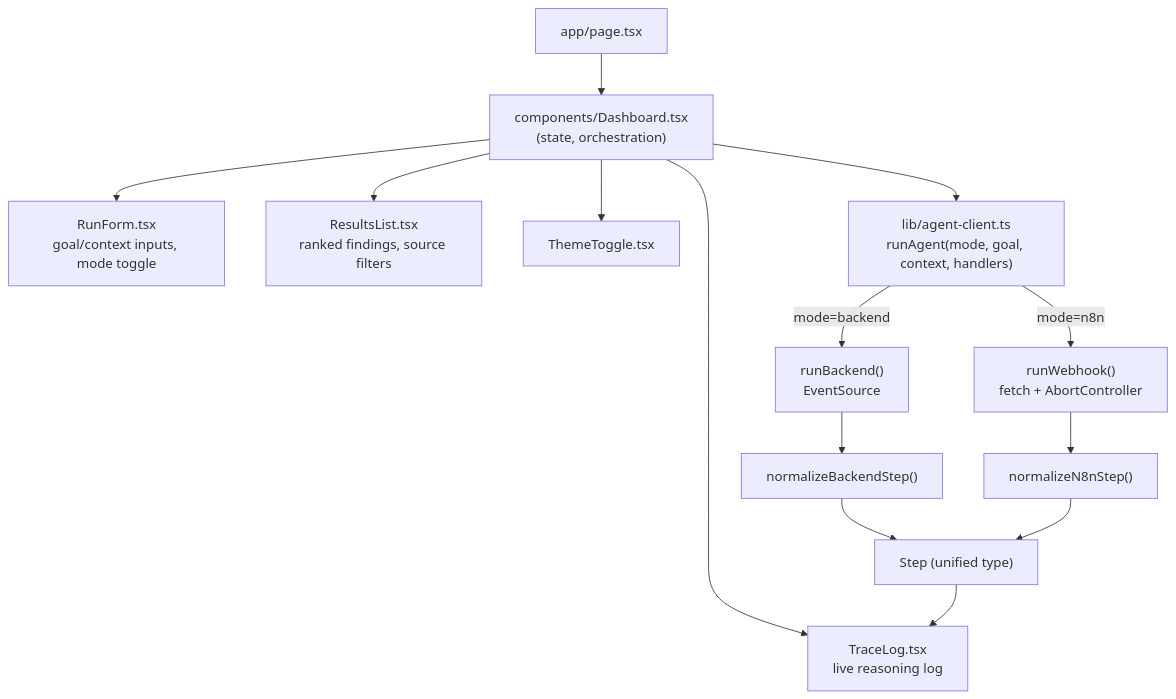
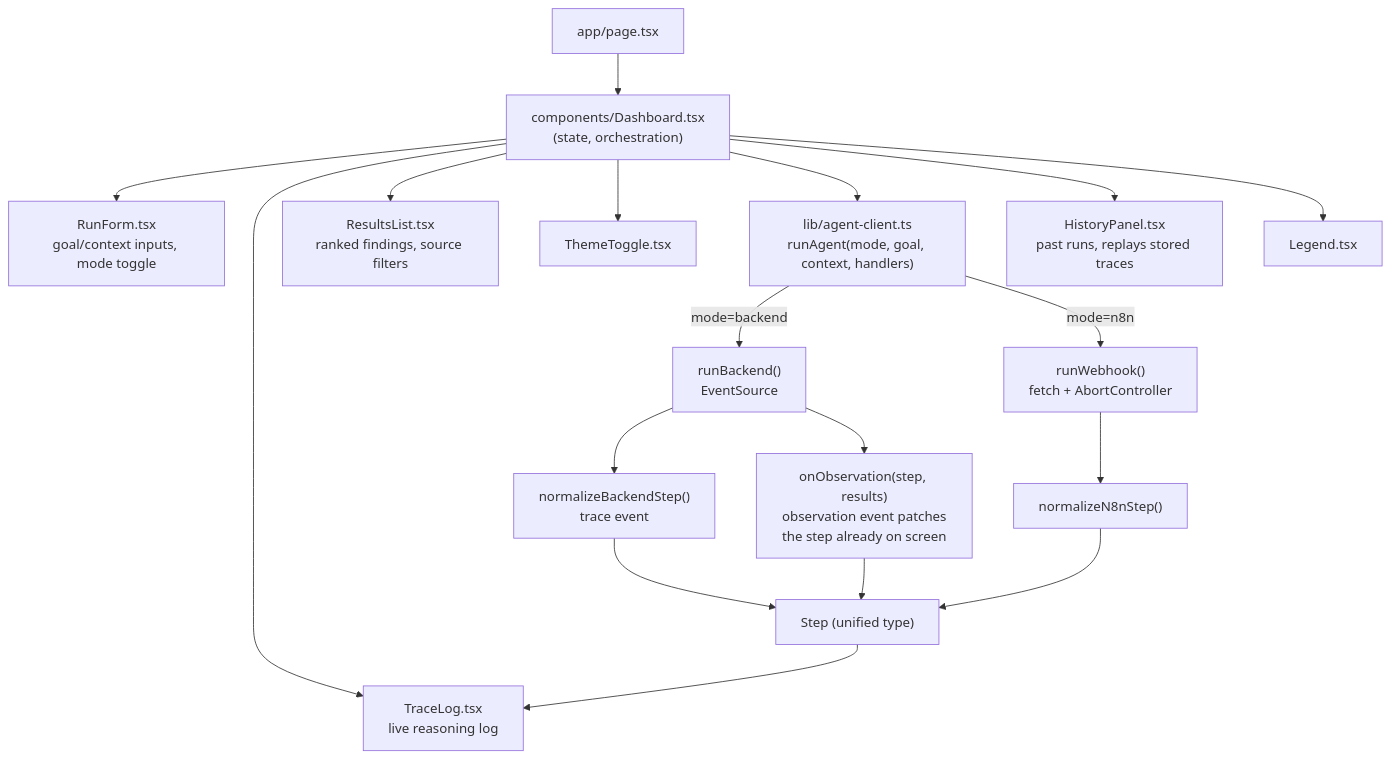
One commit to ByteNinjaSmit/Agentx changed the sixth of 6 diagrams in docs/ARCHITECTURE.md. Above: the diagram before and after it, drawn with Mermaid. The commit also changed other lines of this file and 18 other files, not shown here.

````diff
--- a/docs/ARCHITECTURE.md
+++ b/docs/ARCHITECTURE.md
@@ -193,16 +239,20 @@
 ```mermaid
 flowchart TB
     Page["app/page.tsx"] --> Dashboard["components/Dashboard.tsx<br/>(state, orchestration)"]
     Dashboard --> RunForm["RunForm.tsx<br/>goal/context inputs, mode toggle"]
     Dashboard --> TraceLog["TraceLog.tsx<br/>live reasoning log"]
     Dashboard --> ResultsList["ResultsList.tsx<br/>ranked findings, source filters"]
     Dashboard --> ThemeToggle["ThemeToggle.tsx"]
     Dashboard --> Client["lib/agent-client.ts<br/>runAgent(mode, goal, context, handlers)"]
     Client -- "mode=backend" --> SSEfn["runBackend()<br/>EventSource"]
     Client -- "mode=n8n" --> Webhookfn["runWebhook()<br/>fetch + AbortController"]
-    SSEfn --> Normalize["normalizeBackendStep()"]
+    SSEfn --> Normalize["normalizeBackendStep()<br/>trace event"]
+    SSEfn --> Obs["onObservation(step, results)<br/>observation event patches<br/>the step already on screen"]
     Webhookfn --> Normalize2["normalizeN8nStep()"]
     Normalize --> Step["Step (unified type)"]
     Normalize2 --> Step
+    Obs --> Step
     Step --> TraceLog
+    Dashboard --> HistoryPanel["HistoryPanel.tsx<br/>past runs, replays stored traces"]
+    Dashboard --> Legend["Legend.tsx"]
 ```
````
